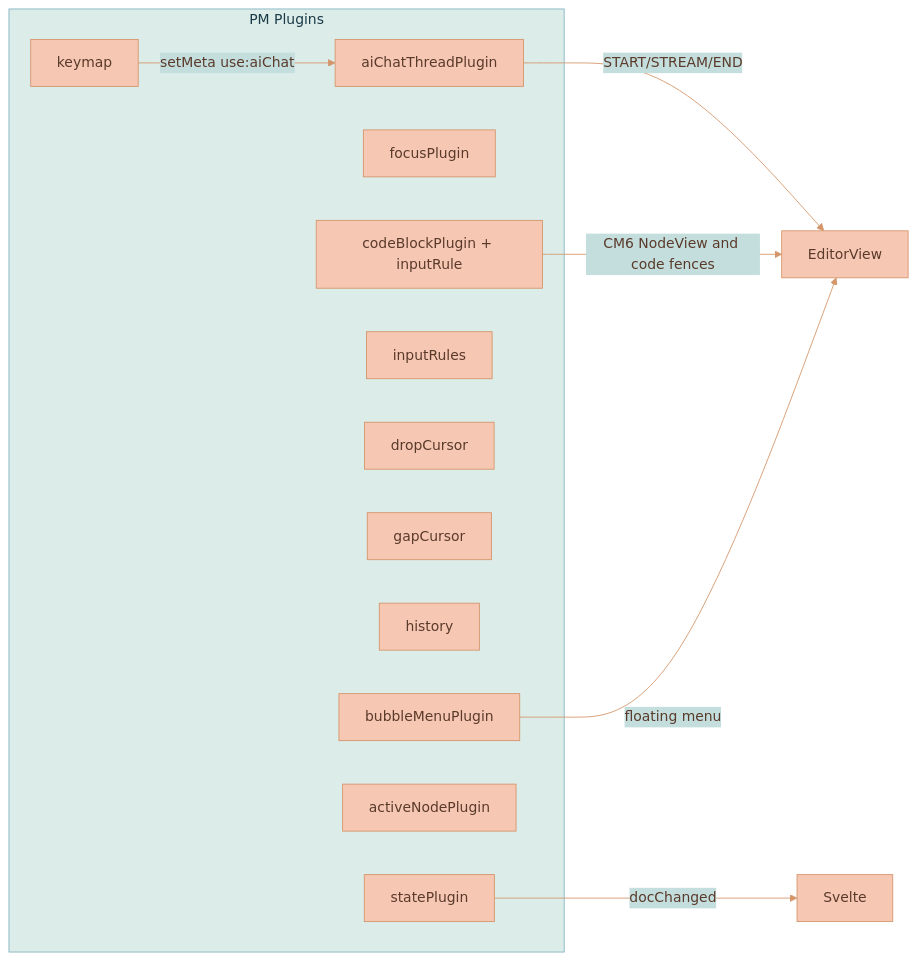
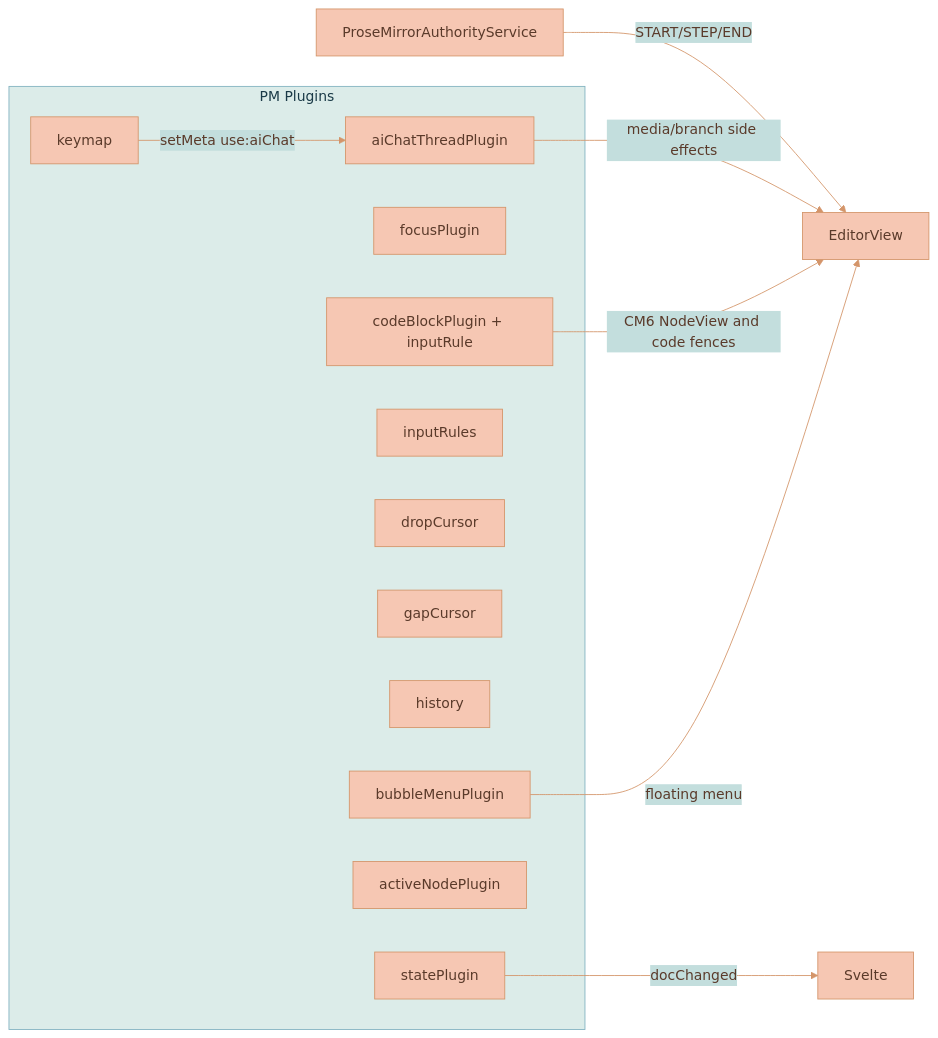
One commit to Lixpi/lixpi changed the fourth of 8 diagrams in services/web-ui/src/components/proseMirror/README.md. Above: the diagram before and after it, drawn with Mermaid. The commit also changed other lines of this file and 61 other files, not shown here.

````diff
--- a/services/web-ui/src/components/proseMirror/README.md
+++ b/services/web-ui/src/components/proseMirror/README.md
@@ -145,23 +147,25 @@
 ```mermaid
 %%{init: {'theme': 'base', 'themeVariables': { 'primaryColor': '#F6C7B3', 'primaryTextColor': '#5a3a2a', 'primaryBorderColor': '#d4956a', 'secondaryColor': '#C3DEDD', 'secondaryTextColor': '#1a3a47', 'secondaryBorderColor': '#4a8a9d', 'tertiaryColor': '#DCECE9', 'tertiaryTextColor': '#1a3a47', 'tertiaryBorderColor': '#82B2C0', 'lineColor': '#d4956a', 'textColor': '#5a3a2a'}}}%%
 graph LR
   subgraph PM Plugins
     SP[statePlugin]
     FP[focusPlugin]
     BM[bubbleMenuPlugin]
     IR[inputRules]
     KM[keymap]
     DC[dropCursor]
     GC[gapCursor]
     HS[history]
   CBP["codeBlockPlugin + inputRule"]
     AN[activeNodePlugin]
     ACT[aiChatThreadPlugin]
   end
 
   KM-- setMeta use:aiChat -->ACT
-  ACT-- START/STREAM/END -->EditorView
+  AUTH[ProseMirrorAuthorityService]
+  AUTH-- START/STEP/END -->EditorView
+  ACT-- media/branch side effects -->EditorView
   CBP-- CM6 NodeView and code fences -->EditorView
   SP-- docChanged --> Svelte
   BM-- floating menu --> EditorView
 ```
````
